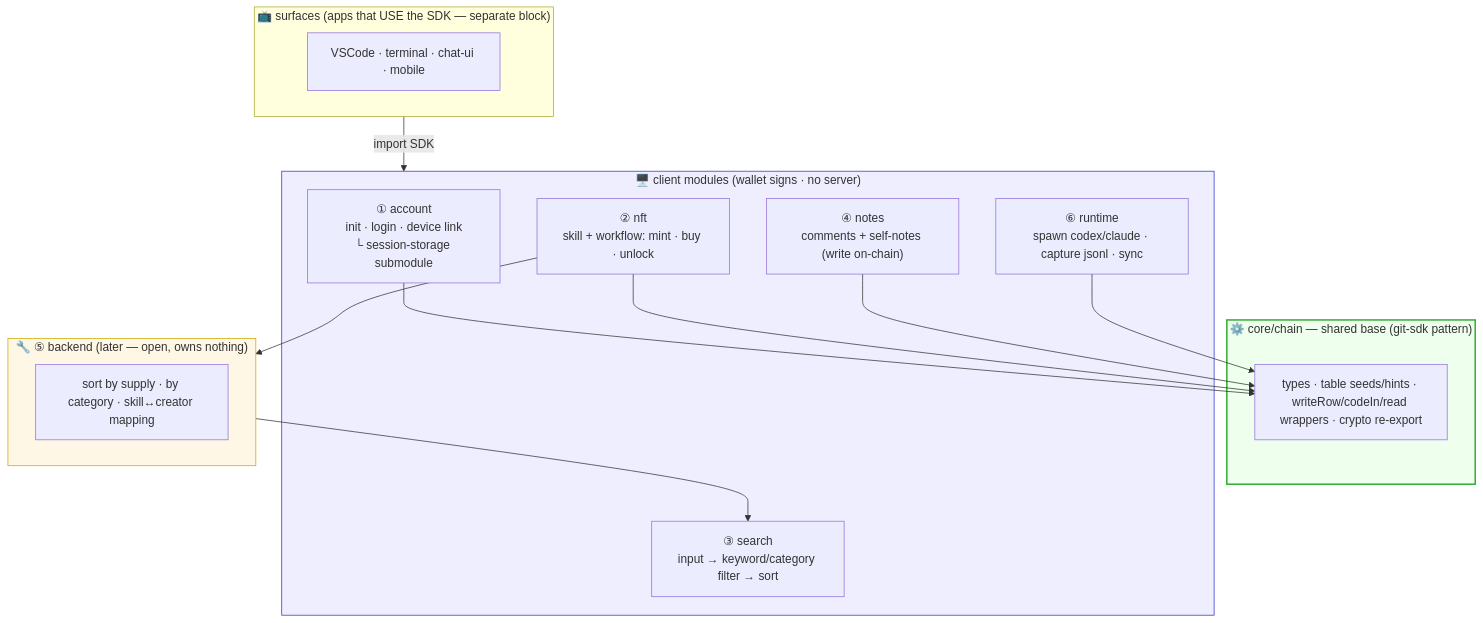
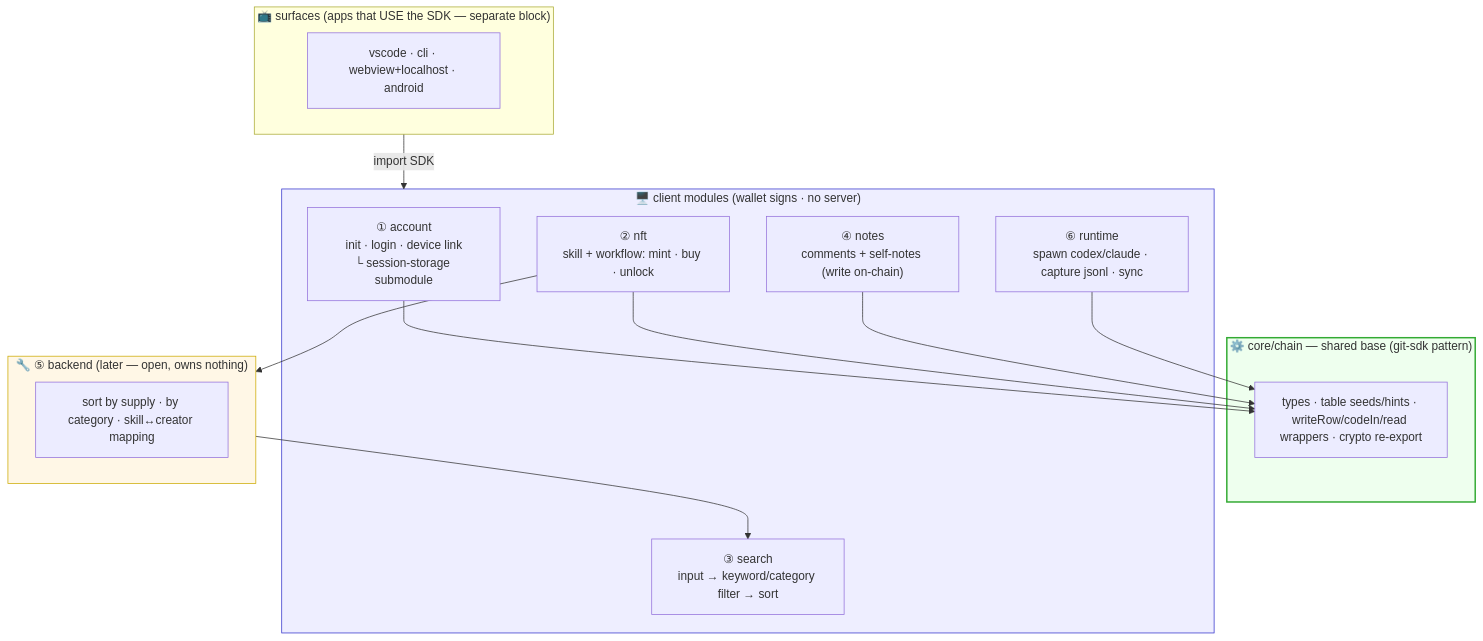
One commit to IQCoreTeam/AgentNet changed the first of 3 diagrams in plans/coding-info.md. Above: the diagram before and after it, drawn with Mermaid. The commit also changed other lines of this file and 9 other files, not shown here.

````diff
--- a/plans/coding-info.md
+++ b/plans/coding-info.md
@@ -15,33 +15,33 @@
 ```mermaid
 flowchart TB
     subgraph Core["⚙️ core/chain — shared base (git-sdk pattern)"]
         CORE["types · table seeds/hints · writeRow/codeIn/read wrappers · crypto re-export"]
     end
 
     subgraph Client["🖥️ client modules (wallet signs · no server)"]
         ACC["① account<br/>init · login · device link<br/>└ session-storage submodule"]
         NFT["② nft<br/>skill + workflow: mint · buy · unlock"]
         SRCH["③ search<br/>input → keyword/category filter → sort"]
         REP["④ notes<br/>comments + self-notes (write on-chain)"]
         RT["⑥ runtime<br/>spawn codex/claude · capture jsonl · sync"]
     end
 
     subgraph Surfaces["📺 surfaces (apps that USE the SDK — separate block)"]
-        SF["VSCode · terminal · chat-ui · mobile"]
+        SF["vscode · cli · webview+localhost · android"]
     end
 
     subgraph Backend["🔧 ⑤ backend (later — open, owns nothing)"]
         BE["sort by supply · by category · skill↔creator mapping"]
     end
 
     ACC --> CORE
     NFT --> CORE
     REP --> CORE
     RT --> CORE
     Surfaces -->|import SDK| Client
     NFT --> Backend
     Backend --> SRCH
     style Core fill:#efe,stroke:#3a3,stroke-width:2px
     style Client fill:#eef,stroke:#33c
     style Backend fill:#fff7e6,stroke:#ca0
 ```
````
